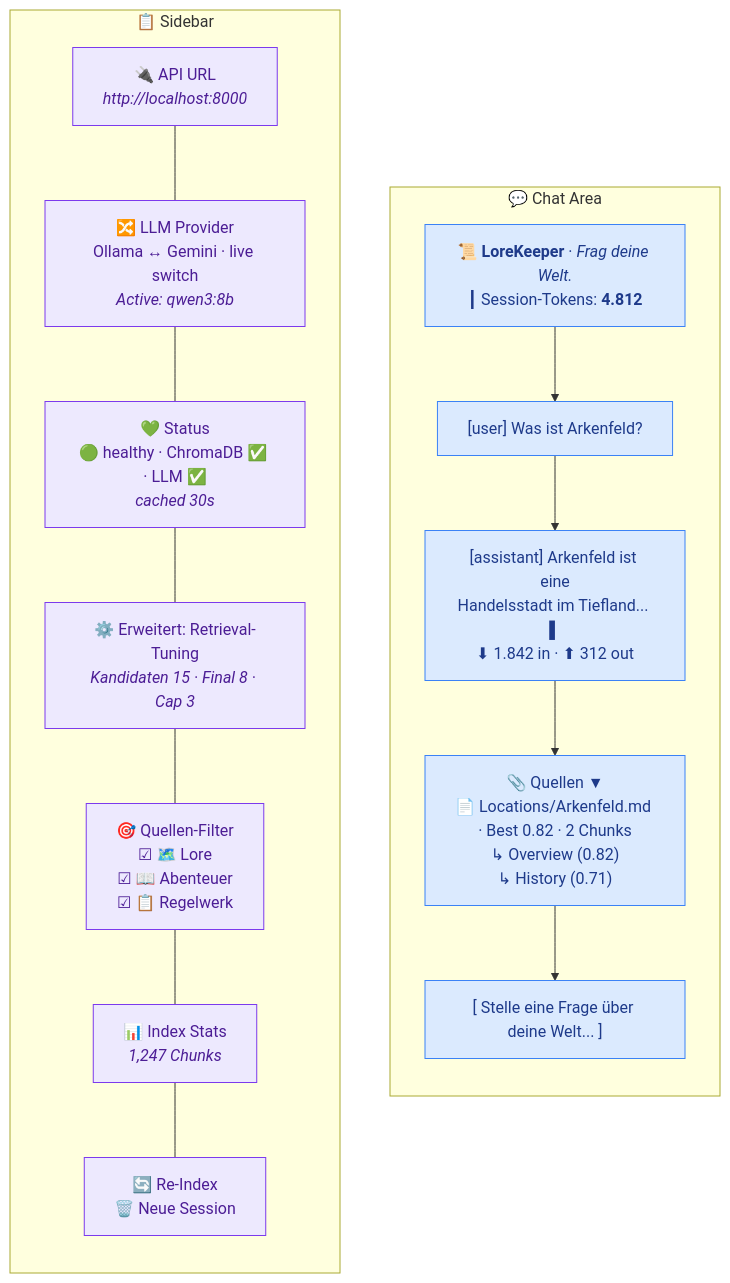
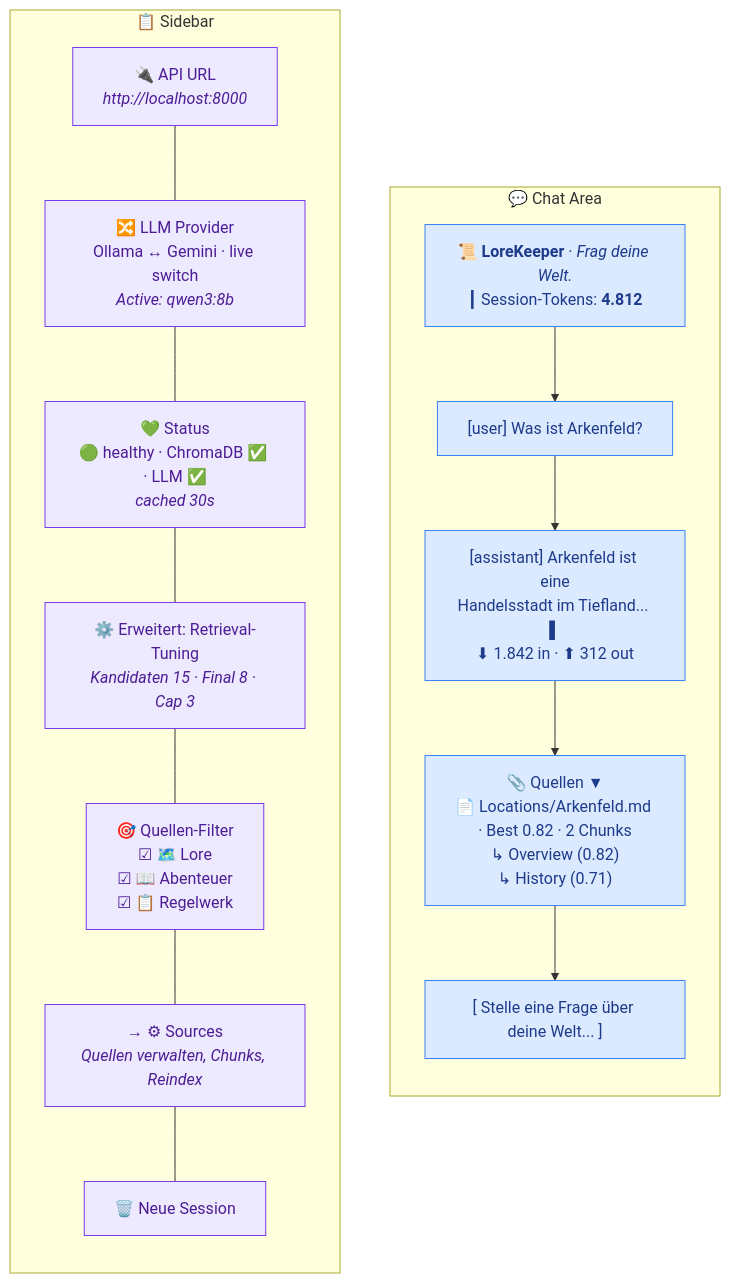
The first of 2 diagrams in docs/ui-ux.md (FabianHentrich/lorekeeper), drawn with Mermaid before and after one commit. The commit also changed other lines of this file and 38 other files, not shown here.

````diff
--- a/docs/ui-ux.md
+++ b/docs/ui-ux.md
@@ -5,31 +5,31 @@
 ```mermaid
 flowchart LR
     subgraph SIDEBAR["📋 Sidebar"]
         direction TB
         S1["🔌 API URL<br/><i>http://localhost:8000</i>"]
         S2["🔀 LLM Provider<br/>Ollama ↔ Gemini · live switch<br/><i>Active: qwen3:8b</i>"]
         S3["💚 Status<br/>🟢 healthy · ChromaDB ✅ · LLM ✅<br/><i>cached 30s</i>"]
         S4["⚙️ Erweitert: Retrieval-Tuning<br/><i>Kandidaten 15 · Final 8 · Cap 3</i>"]
         S5["🎯 Quellen-Filter<br/>☑ 🗺️ Lore<br/>☑ 📖 Abenteuer<br/>☑ 📋 Regelwerk"]
-        S6["📊 Index Stats<br/><i>1,247 Chunks</i>"]
-        S7["🔄 Re-Index<br/>🗑️ Neue Session"]
+        S6["→ ⚙ Sources<br/><i>Quellen verwalten, Chunks, Reindex</i>"]
+        S7["🗑️ Neue Session"]
         S1 --- S2 --- S3 --- S4 --- S5 --- S6 --- S7
     end
 
     subgraph CHAT["💬 Chat Area"]
         direction TB
         C1["📜 <b>LoreKeeper</b> · <i>Frag deine Welt.</i><br/>┃ Session-Tokens: <b>4.812</b>"]
         C2["[user] Was ist Arkenfeld?"]
         C3["[assistant] Arkenfeld ist eine<br/>Handelsstadt im Tiefland... ▌<br/>⬇ 1.842 in · ⬆ 312 out"]
         C4["📎 Quellen ▼<br/>📄 Locations/Arkenfeld.md · Best 0.82 · 2 Chunks<br/>↳ Overview (0.82)<br/>↳ History (0.71)"]
         C5["[ Stelle eine Frage über deine Welt... ]"]
         C1 --> C2 --> C3 --> C4 --> C5
     end
 
     SIDEBAR ~~~ CHAT
 
     classDef side fill:#ede9fe,stroke:#7c3aed,color:#4c1d95
     classDef chat fill:#dbeafe,stroke:#3b82f6,color:#1e3a8a
     class S1,S2,S3,S4,S5,S6,S7 side
     class C1,C2,C3,C4,C5 chat
 ```
````
